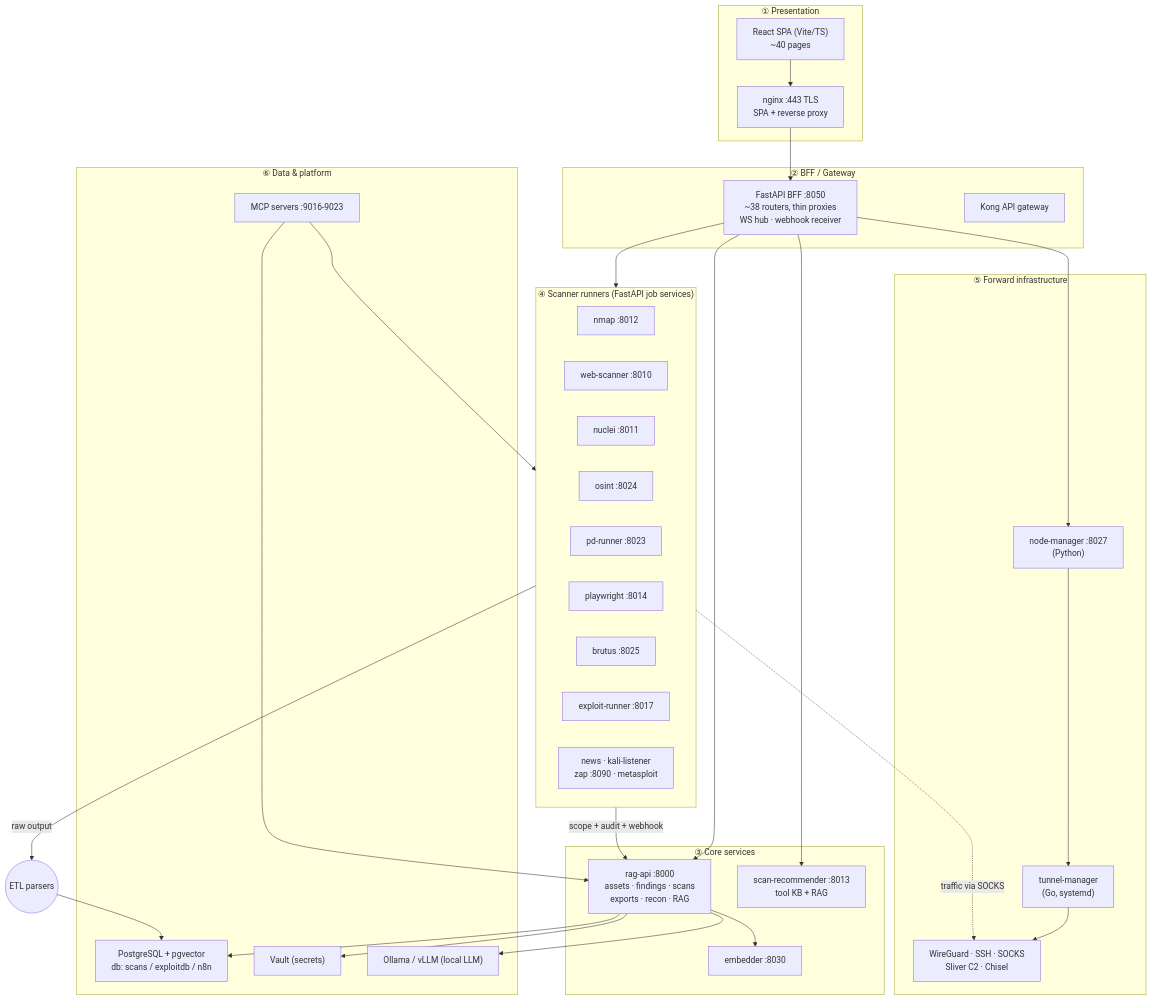
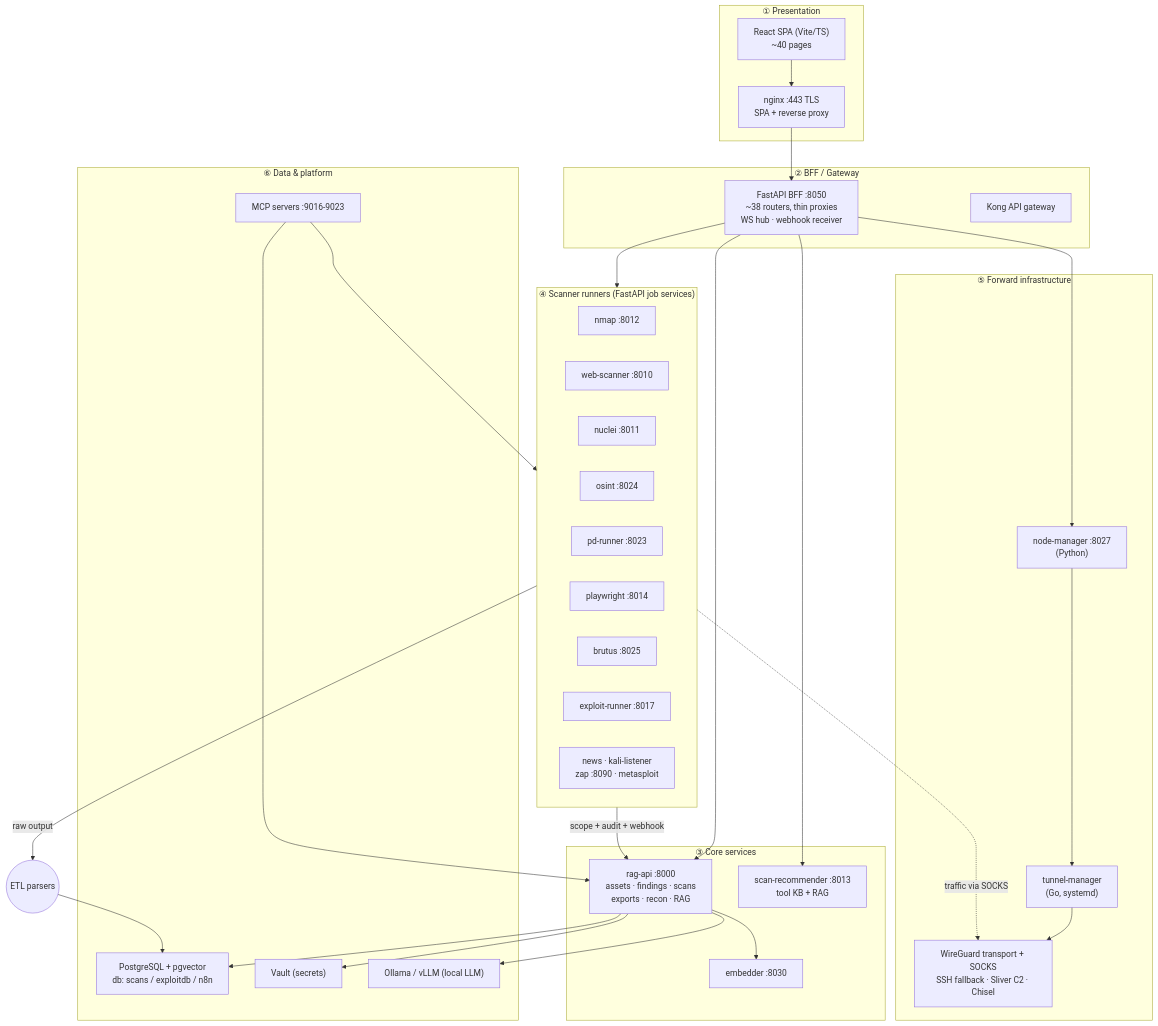
Before and after one commit to fd22vrsfpv-star/rag-scan-stack: the first of 2 diagrams in Docs/ARCHITECTURE.md, drawn with Mermaid. The commit also changed other lines of this file, not shown here.

First line of the commit message:
docs: accuracy pass on architecture overview

````diff
--- a/Docs/ARCHITECTURE.md
+++ b/Docs/ARCHITECTURE.md
@@ -41,48 +65,48 @@
 ```mermaid
 flowchart TB
     subgraph UI["① Presentation"]
       FE["React SPA (Vite/TS)<br/>~40 pages"]
       NGINX["nginx :443 TLS<br/>SPA + reverse proxy"]
     end
     subgraph BFF_T["② BFF / Gateway"]
       BFF["FastAPI BFF :8050<br/>~38 routers, thin proxies<br/>WS hub · webhook receiver"]
       KONG["Kong API gateway"]
     end
     subgraph CORE["③ Core services"]
       API["rag-api :8000<br/>assets · findings · scans<br/>exports · recon · RAG"]
       REC["scan-recommender :8013<br/>tool KB + RAG"]
       EMB["embedder :8030"]
     end
     subgraph WORK["④ Scanner runners (FastAPI job services)"]
       NMAP["nmap :8012"]
       WEB["web-scanner :8010"]
       NUC["nuclei :8011"]
       OSINT["osint :8024"]
       PD["pd-runner :8023"]
       PW["playwright :8014"]
       BRU["brutus :8025"]
       EXP["exploit-runner :8017"]
       MORE["news · kali-listener<br/>zap :8090 · metasploit"]
     end
     subgraph INFRA["⑤ Forward infrastructure"]
       NM["node-manager :8027<br/>(Python)"]
       TM["tunnel-manager<br/>(Go, systemd)"]
-      TUN["WireGuard · SSH · SOCKS<br/>Sliver C2 · Chisel"]
+      TUN["WireGuard transport + SOCKS<br/>SSH fallback · Sliver C2 · Chisel"]
     end
     subgraph DATA["⑥ Data & platform"]
       PG["PostgreSQL + pgvector<br/>db: scans / exploitdb / n8n"]
       VAULT["Vault (secrets)"]
       OLLAMA["Ollama / vLLM (local LLM)"]
       MCP["MCP servers :9016-9023"]
     end
 
     FE --> NGINX --> BFF --> API
     BFF --> REC & NM & WORK
     API --> PG & EMB & OLLAMA
     WORK -->|"raw output"| ETL(("ETL parsers")) --> PG
     WORK -->|"scope + audit + webhook"| API
     NM --> TM --> TUN
     WORK -.->|"traffic via SOCKS"| TUN
     API --> VAULT
     MCP --> WORK & API
 ```
````
